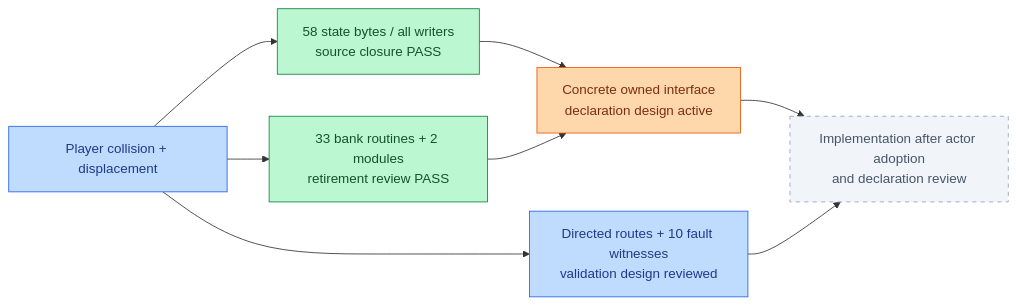
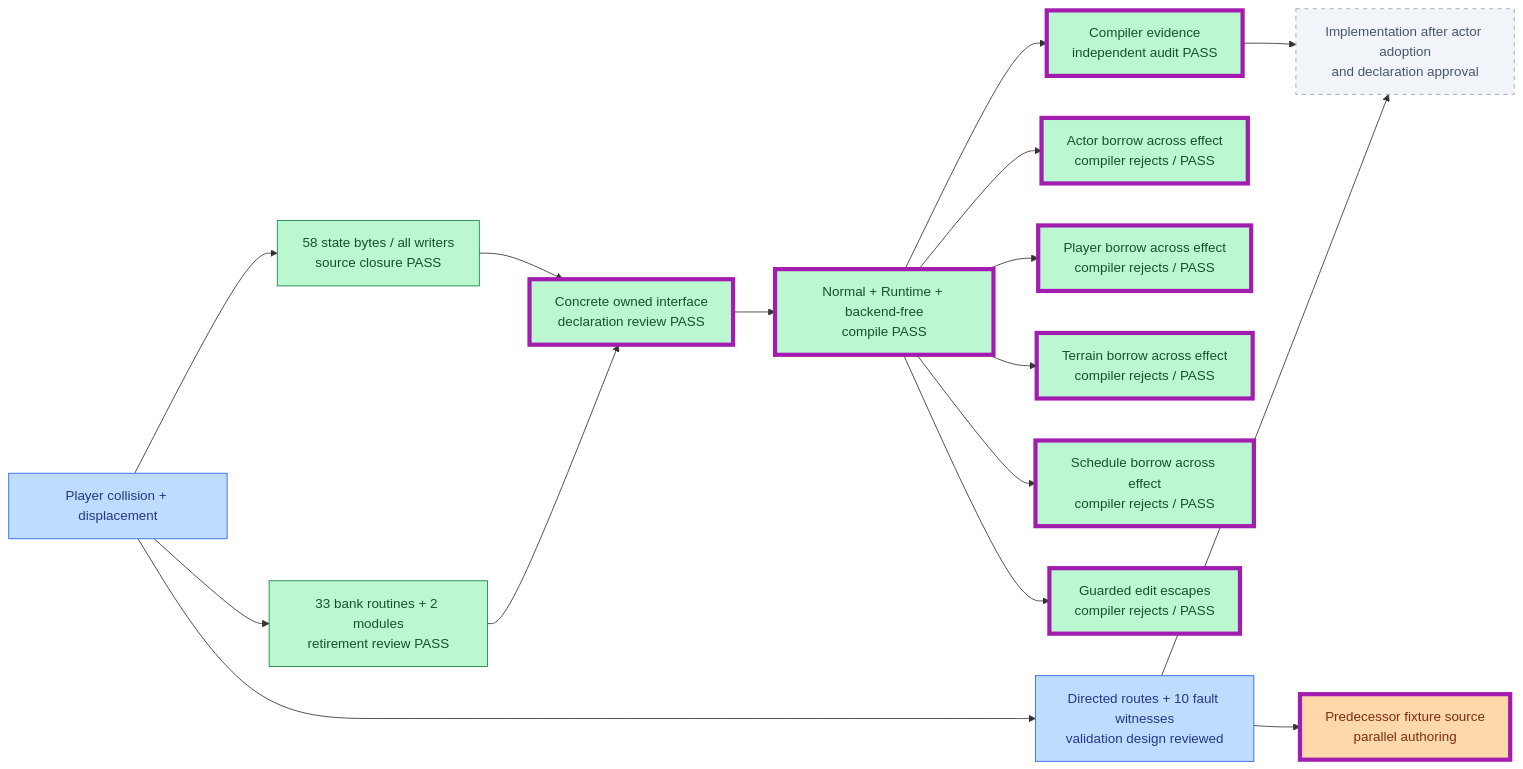
The third of 22 diagrams in PROGRESS.md (JimLundin/sm-decomp), drawn with Mermaid before and after one commit. The commit also changed other lines of this file and 1 other file, not shown here.

Commit message:
Show passing hosted build and collision compiler audit
Documentation-only: checked CI40058485171 build and Cargo export success; mutation job remains active. Independent collision declaration audit confirms 21 source hashes and five intended borrow failures. git diff --check and tools/progress.sh pass; production counters unchanged.

````diff
--- a/PROGRESS.md
+++ b/PROGRESS.md
@@ -123,15 +124,24 @@
 ```mermaid
 flowchart LR
     PC["Player collision + displacement"]:::draft --> PS["58 state bytes / all writers<br/>source closure PASS"]:::done
     PC --> PR["33 bank routines + 2 modules<br/>retirement review PASS"]:::done
     PC --> PV["Directed routes + 10 fault witnesses<br/>validation design reviewed"]:::draft
-    PS --> PD["Concrete owned interface<br/>declaration design active"]:::active
+    PS --> PD["Concrete owned interface<br/>declaration review PASS"]:::done
     PR --> PD
-    PD --> PI["Implementation after actor adoption<br/>and declaration review"]:::pending
+    PD --> PCOMP["Normal + Runtime + backend-free<br/>compile PASS"]:::done
+    PCOMP --> PBA["Actor borrow across effect<br/>compiler rejects / PASS"]:::done
+    PCOMP --> PBP["Player borrow across effect<br/>compiler rejects / PASS"]:::done
+    PCOMP --> PBT["Terrain borrow across effect<br/>compiler rejects / PASS"]:::done
+    PCOMP --> PBS["Schedule borrow across effect<br/>compiler rejects / PASS"]:::done
+    PCOMP --> PBE["Guarded edit escapes<br/>compiler rejects / PASS"]:::done
+    PCOMP --> PAUDIT["Compiler evidence<br/>independent audit PASS"]:::done
+    PAUDIT --> PI["Implementation after actor adoption<br/>and declaration approval"]:::pending
     PV --> PI
+    PV --> PREF["Predecessor fixture source<br/>parallel authoring"]:::active
+    class PD,PCOMP,PBA,PBP,PBT,PBS,PBE,PAUDIT,PREF changed
     classDef done fill:#bbf7d0,stroke:#15803d,color:#14532d
     classDef draft fill:#bfdbfe,stroke:#2563eb,color:#1e3a8a
     classDef active fill:#fed7aa,stroke:#ea580c,color:#7c2d12
     classDef pending fill:#f1f5f9,stroke:#94a3b8,color:#475569,stroke-dasharray:5 5
     classDef changed stroke:#a21caf,stroke-width:5px
 ```
````
